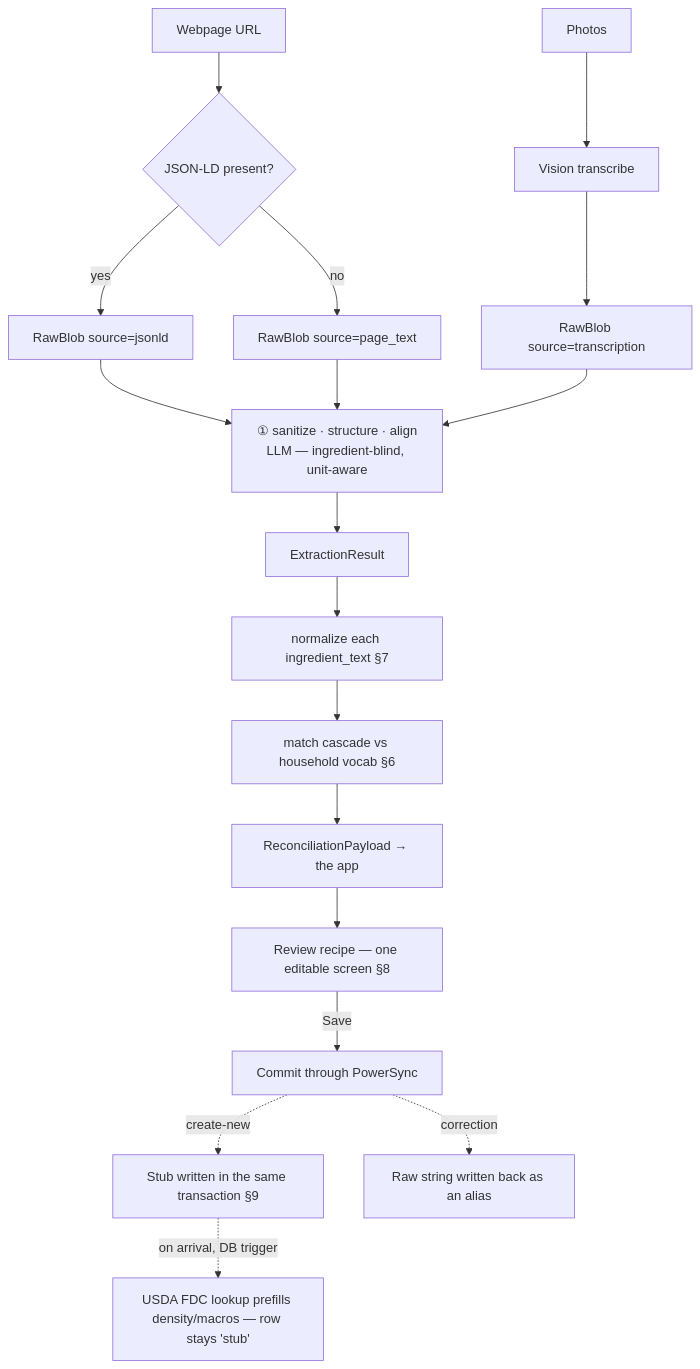
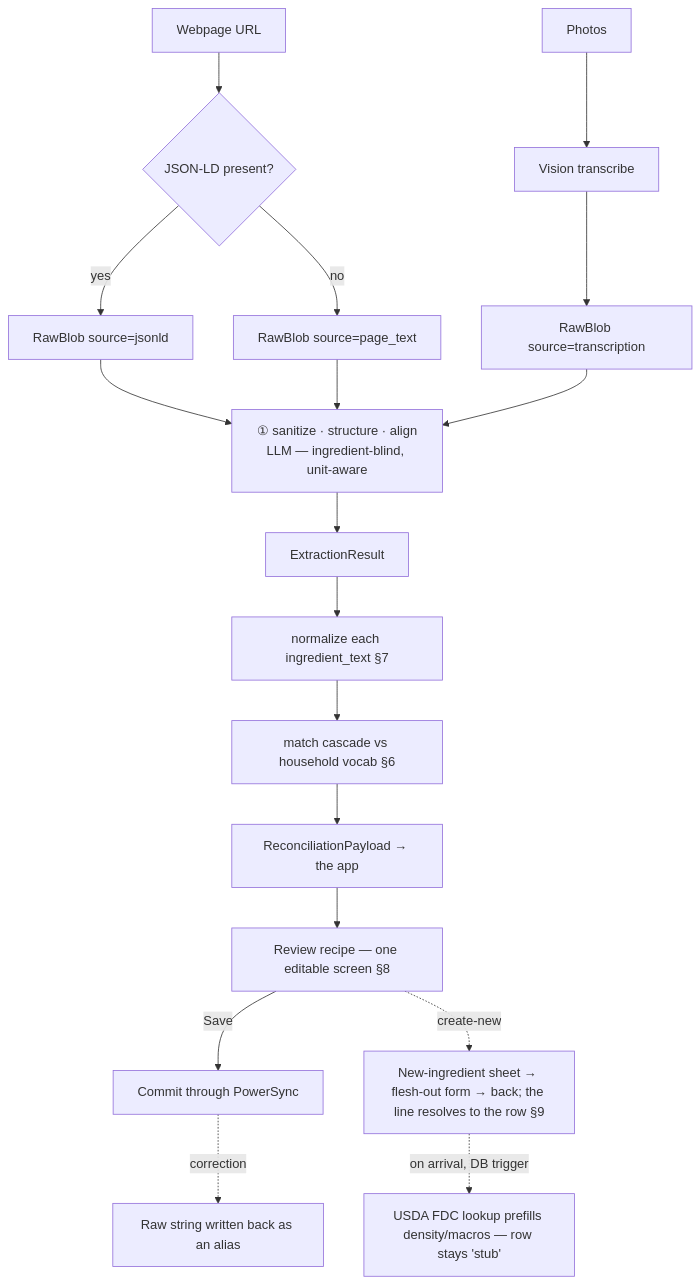
Before and after one commit to SimonBoothroyd/ansi: the diagram in docs/product-specs/import-and-matching.md, drawn with Mermaid. The commit also changed other lines of this file and 18 other files, not shown here.

````diff
--- a/docs/product-specs/import-and-matching.md
+++ b/docs/product-specs/import-and-matching.md
@@ -72,19 +72,19 @@
 ```mermaid
 flowchart TD
     A1[Webpage URL] --> B1{JSON-LD present?}
     B1 -->|yes| C[RawBlob source=jsonld]
     B1 -->|no| C2[RawBlob source=page_text]
     A2[Photos] --> B3[Vision transcribe] --> C3[RawBlob source=transcription]
     C --> D
     C2 --> D
     C3 --> D
     D["① sanitize · structure · align<br/>LLM — ingredient-blind, unit-aware"] --> E[ExtractionResult]
     E --> F[normalize each ingredient_text §7]
     F --> G[match cascade vs household vocab §6]
     G --> H[ReconciliationPayload → the app]
     H --> I["Review recipe — one editable screen §8"]
     I -->|Save| J[Commit through PowerSync]
-    J -.create-new.-> K[Stub written in the same transaction §9]
+    I -.create-new.-> K[New-ingredient sheet → flesh-out form → back; the line resolves to the row §9]
     J -.correction.-> L[Raw string written back as an alias]
     K -.on arrival, DB trigger.-> M[USDA FDC lookup prefills density/macros — row stays 'stub']
 ```
````
